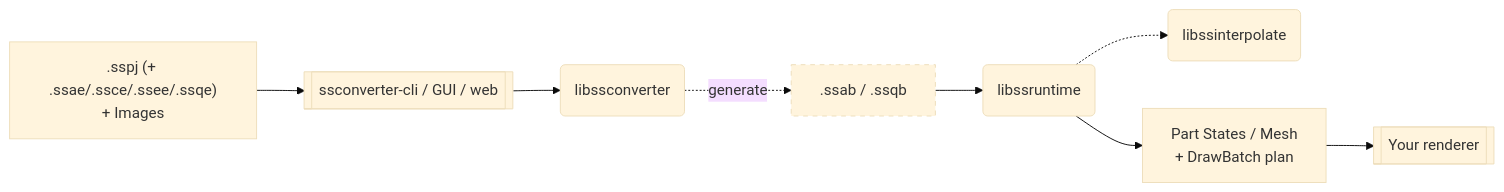
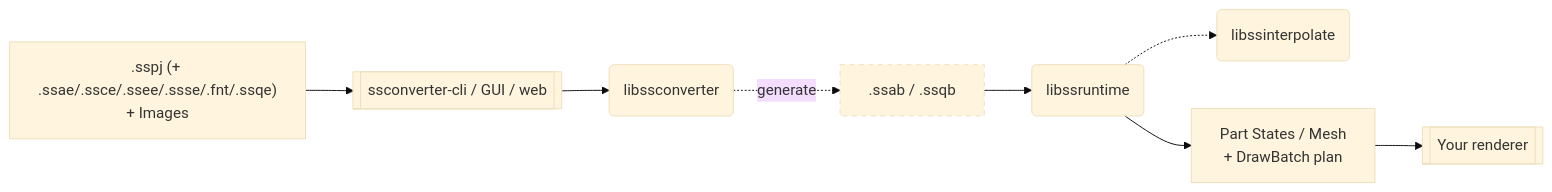
Before and after one commit to cri-middleware/SpriteStudio-Docs: the diagram in docs/en/sdk/concepts.md, drawn with Mermaid (base theme). The commit also changed other lines of this file and 6 other files, not shown here.

````diff
--- a/docs/en/sdk/concepts.md
+++ b/docs/en/sdk/concepts.md
@@ -16,19 +16,19 @@
 ```mermaid
 graph LR
-    SS[" .sspj (+ .ssae/.ssce/.ssee/.ssqe)<br/>+ Images "]
+    SS[" .sspj (+ .ssae/.ssce/.ssee/.ssse/.fnt/.ssqe)<br/>+ Images "]
     CLI[[" ssconverter-cli / GUI / web "]]
     CONV(" libssconverter ")
     BIN[" .ssab / .ssqb "]
     RT(" libssruntime ")
     INT(" libssinterpolate ")
     STATE[" Part States / Mesh<br/>+ DrawBatch plan "]
     REND[[" Your renderer "]]
 
     SS --> CLI --> CONV -. generate .-> BIN
     BIN --> RT
     RT -.-> INT
     RT --> STATE --> REND
 
     classDef generated stroke-dasharray: 5 5;
     class BIN generated;
 ```
````
